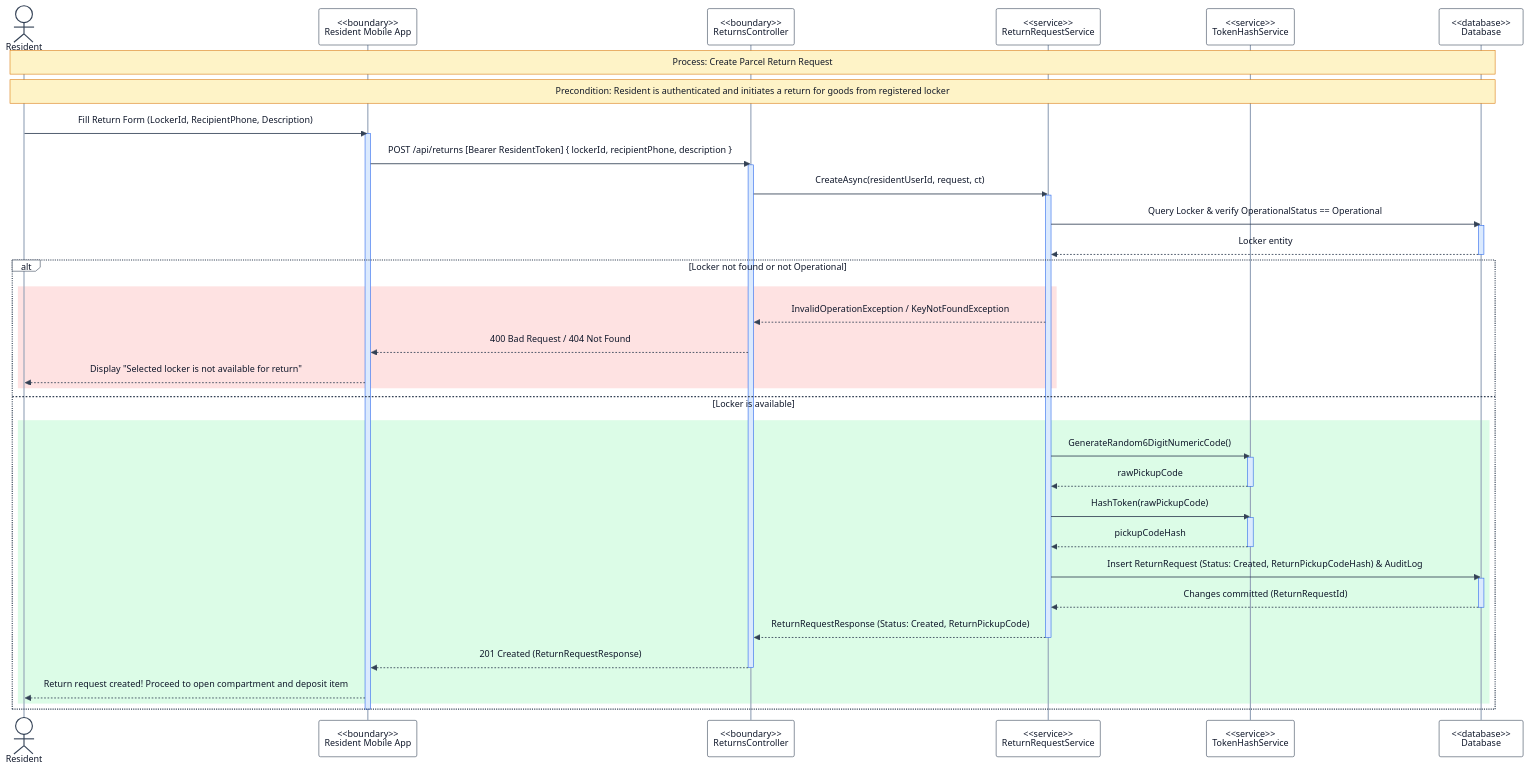
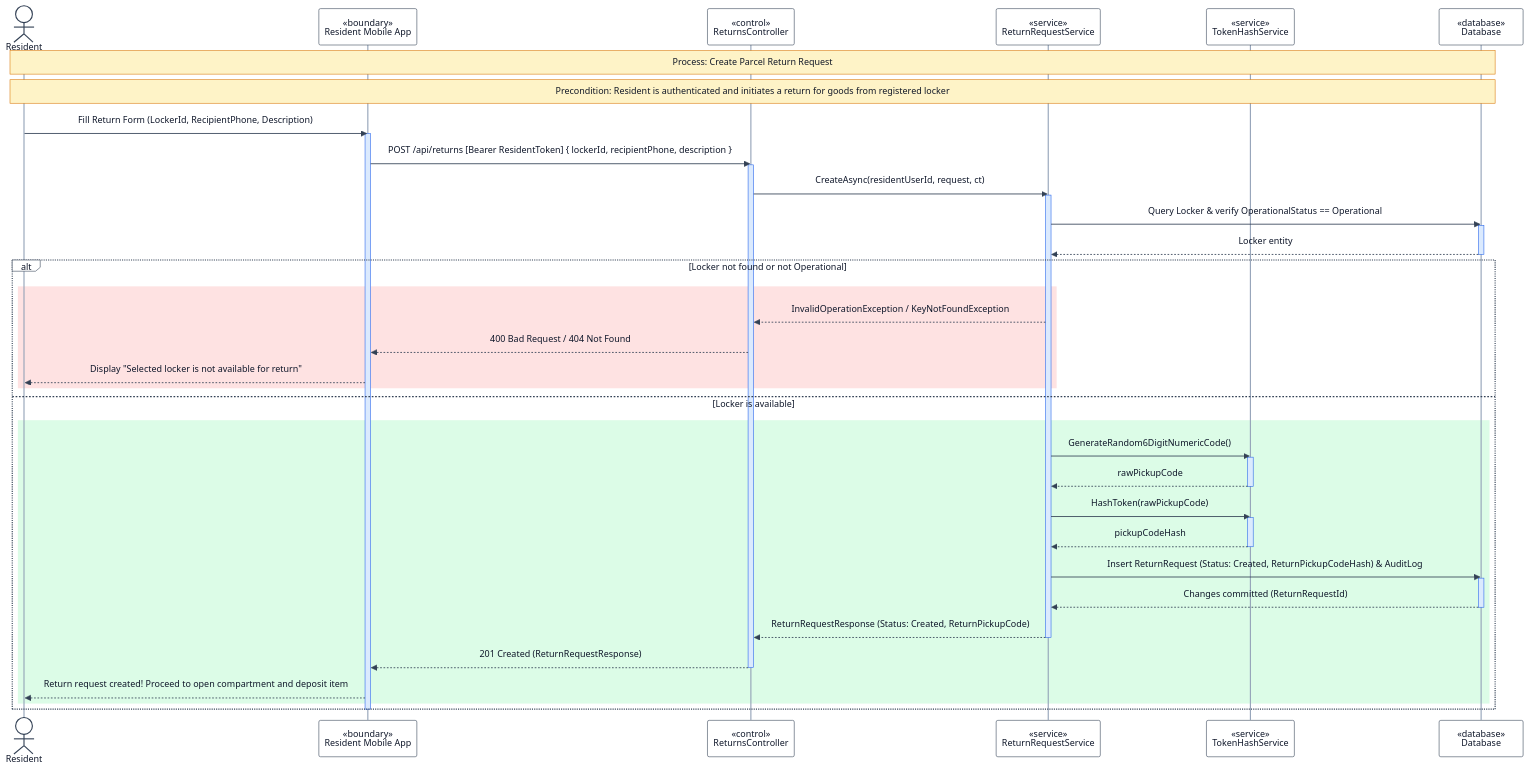
One commit to se-05-sdlms/smart-locking-diagram changed the diagram in RP4/3.9 Resident Parcel Return Workflow/3.9.2 Create Return Request Sequence Diagram.md. Above: the diagram before and after it, drawn with Mermaid. The commit also changed 36 other files, not shown here.

Commit message:
Update diagram

````diff
--- a/RP4/3.9 Resident Parcel Return Workflow/3.9.2 Create Return Request Sequence Diagram.md
+++ b/RP4/3.9 Resident Parcel Return Workflow/3.9.2 Create Return Request Sequence Diagram.md
@@ -3,77 +3,77 @@
 ```mermaid
 %%{init: {
   "theme": "base",
   "themeVariables": {
     "actorBkg": "#FFFFFF",
     "actorBorder": "#334155",
     "actorTextColor": "#0F172A",
     "actorLineColor": "#94A3B8",
     "signalColor": "#334155",
     "signalTextColor": "#0F172A",
     "activationBkgColor": "#DBEAFE",
     "activationBorderColor": "#2563EB",
     "noteBkgColor": "#FEF3C7",
     "noteBorderColor": "#D97706",
     "noteTextColor": "#111827"
   }
 }}%%
 
 sequenceDiagram
 
 actor RES as Resident
-participant APP as <<boundary>><br/>Resident Mobile App
-participant CTRL as <<boundary>><br/>ReturnsController
-participant SVC as <<service>><br/>ReturnRequestService
-participant TOKEN as <<service>><br/>TokenHashService
-participant DB as <<database>><br/>Database
+participant APP as «boundary»<br/>Resident Mobile App
+participant CTRL as «control»<br/>ReturnsController
+participant SVC as «service»<br/>ReturnRequestService
+participant TOKEN as «service»<br/>TokenHashService
+participant DB as «database»<br/>Database
 
 Note over RES,DB: Process: Create Parcel Return Request
 Note over RES,DB: Precondition: Resident is authenticated and initiates a return for goods from registered locker
 
 RES->>APP: Fill Return Form (LockerId, RecipientPhone, Description)
 activate APP
 
 APP->>CTRL: POST /api/returns [Bearer ResidentToken] { lockerId, recipientPhone, description }
 activate CTRL
 
 CTRL->>SVC: CreateAsync(residentUserId, request, ct)
 activate SVC
 
 SVC->>DB: Query Locker & verify OperationalStatus == Operational
 activate DB
 DB-->>SVC: Locker entity
 deactivate DB
 
 alt Locker not found or not Operational
   rect rgb(254,226,226)
     SVC-->>CTRL: InvalidOperationException / KeyNotFoundException
     CTRL-->>APP: 400 Bad Request / 404 Not Found
     APP-->>RES: Display "Selected locker is not available for return"
   end
 else Locker is available
   rect rgb(220,252,231)
     SVC->>TOKEN: GenerateRandom6DigitNumericCode()
     activate TOKEN
     TOKEN-->>SVC: rawPickupCode
     deactivate TOKEN
 
     SVC->>TOKEN: HashToken(rawPickupCode)
     activate TOKEN
     TOKEN-->>SVC: pickupCodeHash
     deactivate TOKEN
 
     SVC->>DB: Insert ReturnRequest (Status: Created, ReturnPickupCodeHash) & AuditLog
     activate DB
     DB-->>SVC: Changes committed (ReturnRequestId)
     deactivate DB
 
     SVC-->>CTRL: ReturnRequestResponse (Status: Created, ReturnPickupCode)
     deactivate SVC
     CTRL-->>APP: 201 Created (ReturnRequestResponse)
     deactivate CTRL
     APP-->>RES: Return request created! Proceed to open compartment and deposit item
   end
 end
 
 deactivate APP
 ```
````
